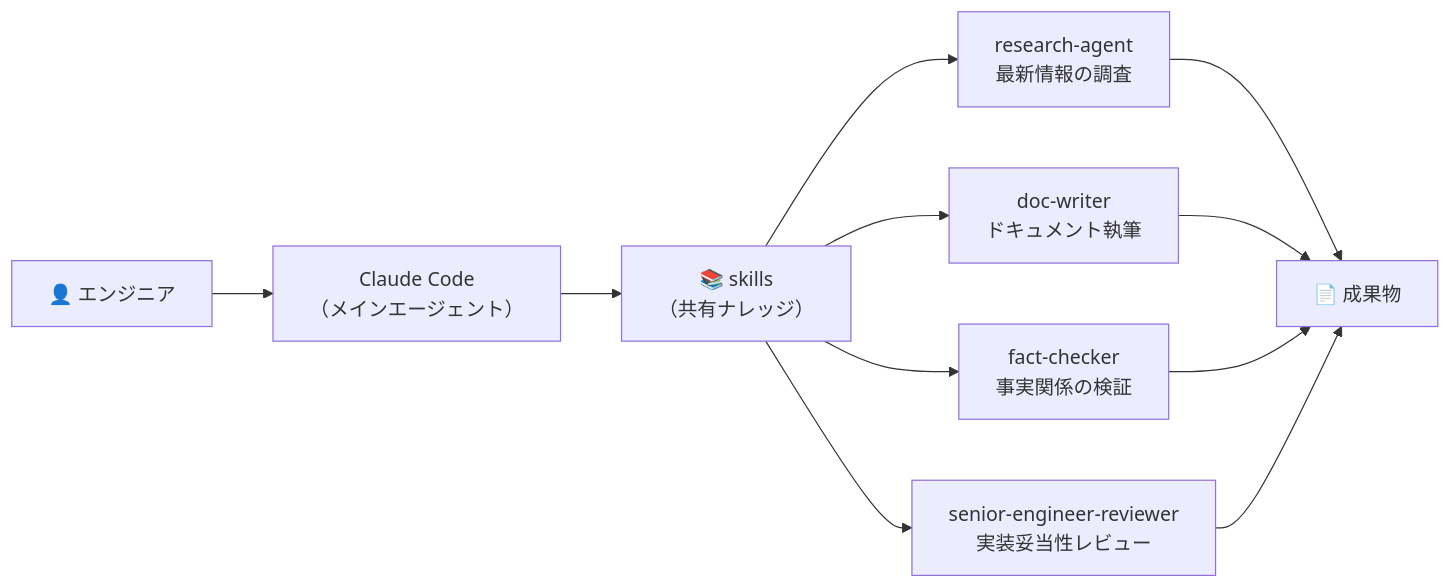
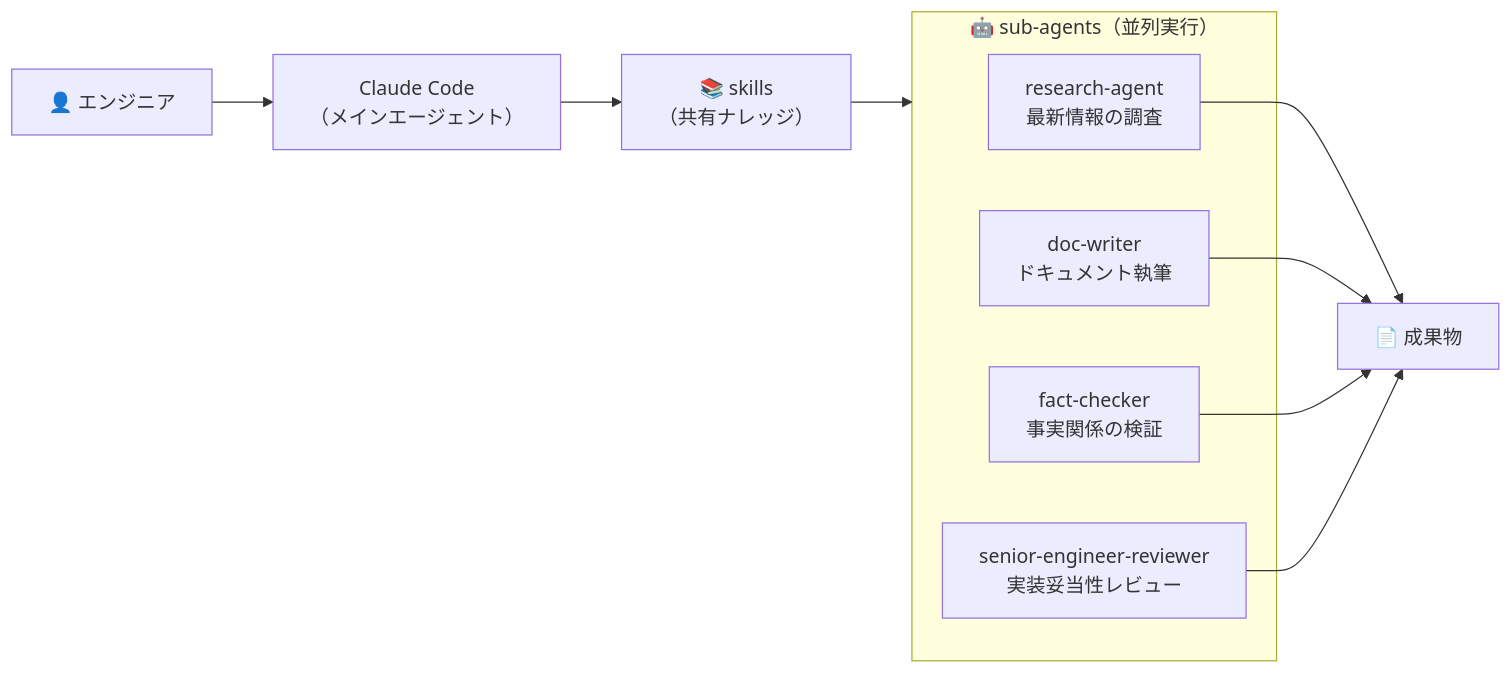
One commit to takuma39/ai changed the first of 25 diagrams in AI駆動開発.md. Above: the diagram before and after it, drawn with Mermaid. The commit also changed other lines of this file, not shown here.

````diff
--- a/AI駆動開発.md
+++ b/AI駆動開発.md
@@ -32,13 +30,17 @@
 ```mermaid
 flowchart LR
     Human["👤 エンジニア"] --> CC["Claude Code<br/>（メインエージェント）"]
 
     CC --> Skills["📚 skills<br/>（共有ナレッジ）"]
 
-    Skills --> SA1["research-agent<br/>最新情報の調査"]
-    Skills --> SA2["doc-writer<br/>ドキュメント執筆"]
-    Skills --> SA3["fact-checker<br/>事実関係の検証"]
-    Skills --> SA4["senior-engineer-reviewer<br/>実装妥当性レビュー"]
+    subgraph SubAgents["🤖 sub-agents（並列実行）"]
+        SA1["research-agent<br/>最新情報の調査"]
+        SA2["doc-writer<br/>ドキュメント執筆"]
+        SA3["fact-checker<br/>事実関係の検証"]
+        SA4["senior-engineer-reviewer<br/>実装妥当性レビュー"]
+    end
+
+    Skills --> SubAgents
 
     SA1 & SA2 & SA3 & SA4 --> Output["📄 成果物"]
 ```
````
